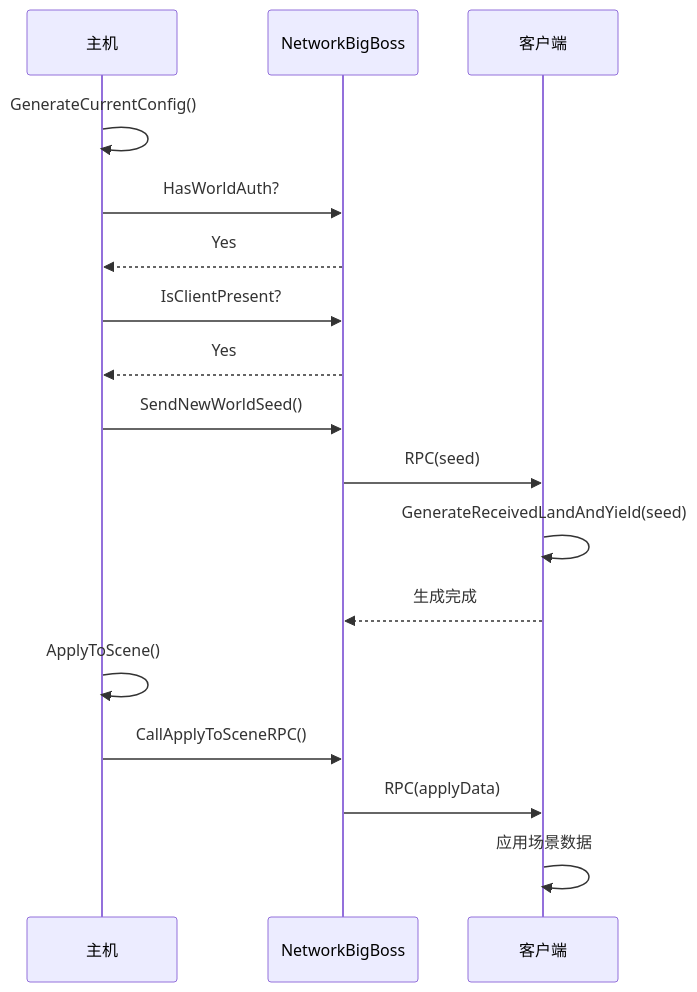
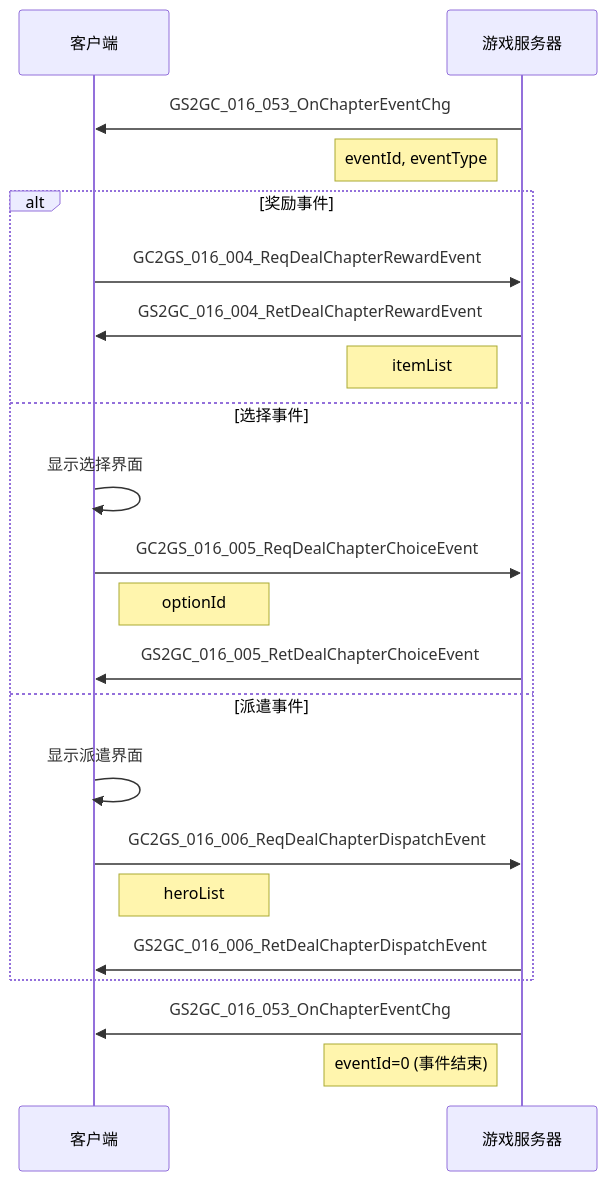
The third of 4 diagrams in docs/Module_Chapter/02_协议文档.md (Alan-Ben/k2c_game_framework), drawn with Mermaid before and after one commit. The commit also changed other lines of this file and 6 other files, not shown here.

````diff
--- a/docs/Module_Chapter/02_协议文档.md
+++ b/docs/Module_Chapter/02_协议文档.md
@@ -414,20 +749,29 @@
 ```mermaid
 sequenceDiagram
-    participant Host as 主机
-    participant Network as NetworkBigBoss
     participant Client as 客户端
-    
-    Host->>Host: GenerateCurrentConfig()
-    Host->>Network: HasWorldAuth?
-    Network-->>Host: Yes
-    Host->>Network: IsClientPresent?
-    Network-->>Host: Yes
-    Host->>Network: SendNewWorldSeed()
-    Network->>Client: RPC(seed)
-    Client->>Client: GenerateReceivedLandAndYield(seed)
-    Client-->>Network: 生成完成
-    Host->>Host: ApplyToScene()
-    Host->>Network: CallApplyToSceneRPC()
-    Network->>Client: RPC(applyData)
-    Client->>Client: 应用场景数据
+    participant GS as 游戏服务器
+
+    GS->>Client: GS2GC_016_053_OnChapterEventChg
+    Note left of GS: eventId, eventType
+
+    alt 奖励事件
+        Client->>GS: GC2GS_016_004_ReqDealChapterRewardEvent
+        GS->>Client: GS2GC_016_004_RetDealChapterRewardEvent
+        Note left of GS: itemList
+
+    else 选择事件
+        Client->>Client: 显示选择界面
+        Client->>GS: GC2GS_016_005_ReqDealChapterChoiceEvent
+        Note right of Client: optionId
+        GS->>Client: GS2GC_016_005_RetDealChapterChoiceEvent
+
+    else 派遣事件
+        Client->>Client: 显示派遣界面
+        Client->>GS: GC2GS_016_006_ReqDealChapterDispatchEvent
+        Note right of Client: heroList
+        GS->>Client: GS2GC_016_006_RetDealChapterDispatchEvent
+    end
+
+    GS->>Client: GS2GC_016_053_OnChapterEventChg
+    Note left of GS: eventId=0 (事件结束)
 ```
````
